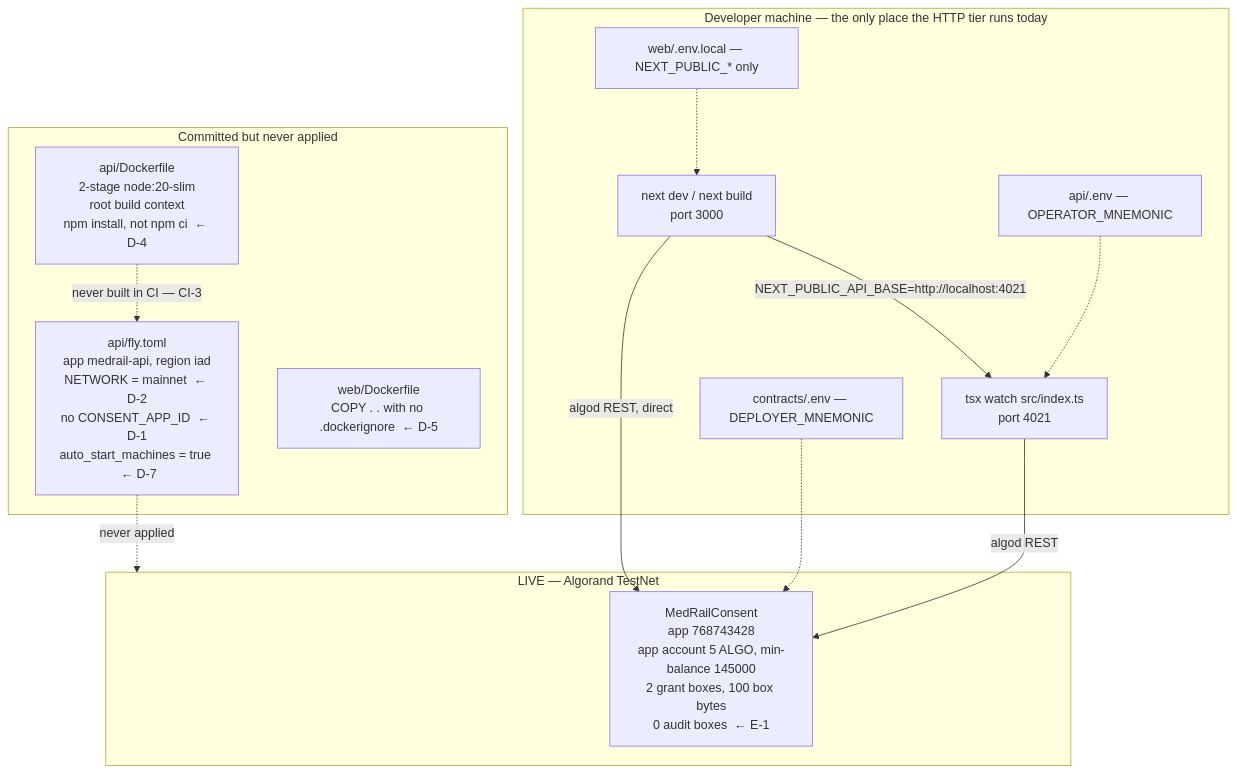
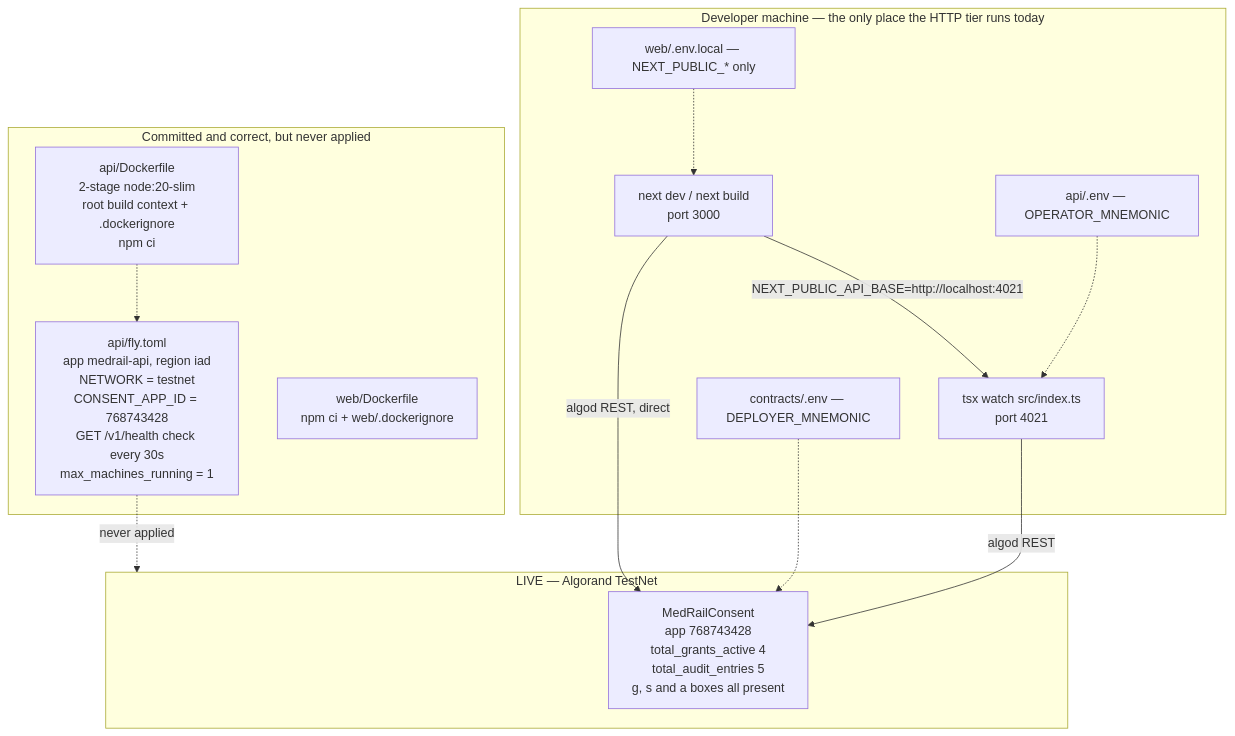
The third of 3 diagrams in docs/03_Architecture/HLD.md (Hydra-Of-Malice/Medrail), drawn with Mermaid before and after one commit. The commit also changed other lines of this file and 77 other files, not shown here.

````diff
--- a/docs/03_Architecture/HLD.md
+++ b/docs/03_Architecture/HLD.md
@@ -224,29 +230,29 @@
 ```mermaid
 flowchart TB
     subgraph Dev["Developer machine — the only place the HTTP tier runs today"]
         W["next dev / next build<br/>port 3000"]
         A["tsx watch src/index.ts<br/>port 4021"]
         E1["api/.env — OPERATOR_MNEMONIC"]
         E2["contracts/.env — DEPLOYER_MNEMONIC"]
         E3["web/.env.local — NEXT_PUBLIC_* only"]
     end
 
-    subgraph Planned["Committed but never applied"]
-        FLY["api/fly.toml<br/>app medrail-api, region iad<br/>NETWORK = mainnet  ← D-2<br/>no CONSENT_APP_ID  ← D-1<br/>auto_start_machines = true  ← D-7"]
-        DFA["api/Dockerfile<br/>2-stage node:20-slim<br/>root build context<br/>npm install, not npm ci  ← D-4"]
-        DFW["web/Dockerfile<br/>COPY . . with no .dockerignore  ← D-5"]
+    subgraph Planned["Committed and correct, but never applied"]
+        FLY["api/fly.toml<br/>app medrail-api, region iad<br/>NETWORK = testnet<br/>CONSENT_APP_ID = 768743428<br/>GET /v1/health check every 30s<br/>max_machines_running = 1"]
+        DFA["api/Dockerfile<br/>2-stage node:20-slim<br/>root build context + .dockerignore<br/>npm ci"]
+        DFW["web/Dockerfile<br/>npm ci + web/.dockerignore"]
     end
 
     subgraph Live["LIVE — Algorand TestNet"]
-        APP["MedRailConsent<br/>app 768743428<br/>app account 5 ALGO, min-balance 145000<br/>2 grant boxes, 100 box bytes<br/>0 audit boxes  ← E-1"]
+        APP["MedRailConsent<br/>app 768743428<br/>total_grants_active 4<br/>total_audit_entries 5<br/>g, s and a boxes all present"]
     end
 
     W -->|"NEXT_PUBLIC_API_BASE=http://localhost:4021"| A
     A -->|"algod REST"| APP
     W -->|"algod REST, direct"| APP
     E1 -.-> A
     E3 -.-> W
     E2 -.-> APP
-    DFA -.->|"never built in CI — CI-3"| FLY
+    DFA -.-> FLY
     FLY -.->|"never applied"| Live
 ```
````
